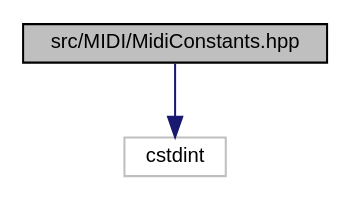
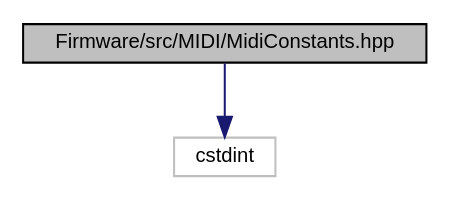
The diagram in docs/_midi_constants_8hpp__incl.dot (AkiyukiOkayasu/jade), drawn with Graphviz before and after one commit. The commit also changed 122 other files, not shown here.

```diff
--- a/docs/_midi_constants_8hpp__incl.dot
+++ b/docs/_midi_constants_8hpp__incl.dot
@@ -1,9 +1,9 @@
-digraph "src/MIDI/MidiConstants.hpp"
+digraph "Firmware/src/MIDI/MidiConstants.hpp"
 {
  // LATEX_PDF_SIZE
   edge [fontname="Helvetica",fontsize="10",labelfontname="Helvetica",labelfontsize="10"];
   node [fontname="Helvetica",fontsize="10",shape=record];
-  Node1 [label="src/MIDI/MidiConstants.hpp",height=0.2,width=0.4,color="black", fillcolor="grey75", style="filled", fontcolor="black",tooltip="Constants about MIDI."];
+  Node1 [label="Firmware/src/MIDI/MidiConstants.hpp",height=0.2,width=0.4,color="black", fillcolor="grey75", style="filled", fontcolor="black",tooltip="Constants about MIDI."];
   Node1 -> Node2 [color="midnightblue",fontsize="10",style="solid",fontname="Helvetica"];
   Node2 [label="cstdint",height=0.2,width=0.4,color="grey75", fillcolor="white", style="filled",tooltip=" "];
 }
```
